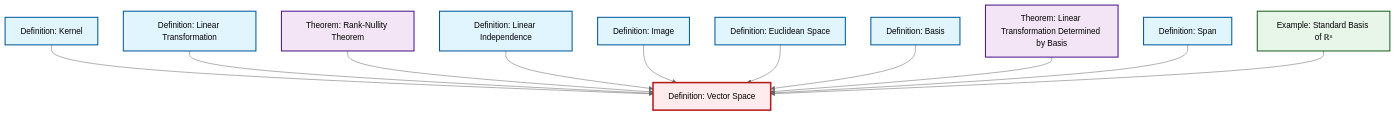
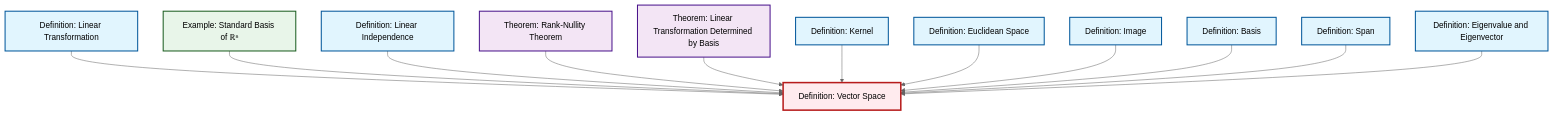
Before and after one commit to RK0429/ModernMath: the diagram in content/en/algebra/def-vector-space.qmd, drawn with Mermaid (neutral theme). The commit also changed 530 other files, not shown here.

````diff
--- a/content/en/algebra/def-vector-space.qmd
+++ b/content/en/algebra/def-vector-space.qmd
@@ -48,41 +48,44 @@
 ```{mermaid}
 %%| fig-cap: "Local dependency graph"
 graph TD
     classDef definition fill:#e1f5fe,stroke:#01579b,stroke-width:2px
     classDef theorem fill:#f3e5f5,stroke:#4a148c,stroke-width:2px
     classDef axiom fill:#fff3e0,stroke:#e65100,stroke-width:2px
     classDef example fill:#e8f5e9,stroke:#1b5e20,stroke-width:2px
     classDef current fill:#ffebee,stroke:#b71c1c,stroke-width:3px
-    def-linear-transformation["Definition: Linear Transformation"]:::definition
-    def-vector-space["Definition: Vector Space"]:::definition
+    thm-rank-nullity["Theorem: Rank-Nullity Theorem"]:::theorem
+    ex-standard-basis-rn["Example: Standard Basis of ℝⁿ"]:::example
     def-euclidean-space["Definition: Euclidean Space"]:::definition
-    thm-rank-nullity["Theorem: Rank-Nullity Theorem"]:::theorem
-    def-image["Definition: Image"]:::definition
+    def-basis["Definition: Basis"]:::definition
     def-kernel["Definition: Kernel"]:::definition
+    def-eigenvalue-eigenvector["Definition: Eigenvalue and Eigenvector"]:::definition
+    thm-linear-transformation-basis["Theorem: Linear Transformation Determined by Basis"]:::theorem
     def-linear-independence["Definition: Linear Independence"]:::definition
     def-span["Definition: Span"]:::definition
-    ex-standard-basis-rn["Example: Standard Basis of ℝⁿ"]:::example
-    thm-linear-transformation-basis["Theorem: Linear Transformation Determined by Basis"]:::theorem
-    def-basis["Definition: Basis"]:::definition
+    def-image["Definition: Image"]:::definition
+    def-vector-space["Definition: Vector Space"]:::definition
+    def-linear-transformation["Definition: Linear Transformation"]:::definition
+    def-linear-transformation --> def-vector-space
+    ex-standard-basis-rn --> def-vector-space
+    def-linear-independence --> def-vector-space
+    thm-rank-nullity --> def-vector-space
+    thm-linear-transformation-basis --> def-vector-space
     def-kernel --> def-vector-space
-    def-linear-transformation --> def-vector-space
-    thm-rank-nullity --> def-vector-space
-    def-linear-independence --> def-vector-space
+    def-euclidean-space --> def-vector-space
     def-image --> def-vector-space
-    def-euclidean-space --> def-vector-space
     def-basis --> def-vector-space
-    thm-linear-transformation-basis --> def-vector-space
     def-span --> def-vector-space
-    ex-standard-basis-rn --> def-vector-space
+    def-eigenvalue-eigenvector --> def-vector-space
     class def-vector-space current
-    click def-linear-transformation "def-linear-transformation.html" "Go to Linear Transformation definition"
+    click thm-rank-nullity "thm-rank-nullity.html" "Go to Rank-Nullity Theorem theorem"
+    click ex-standard-basis-rn "ex-standard-basis-rn.html" "Go to Standard Basis of ℝⁿ example"
     click def-euclidean-space "def-euclidean-space.html" "Go to Euclidean Space definition"
-    click thm-rank-nullity "thm-rank-nullity.html" "Go to Rank-Nullity Theorem theorem"
-    click def-image "def-image.html" "Go to Image definition"
+    click def-basis "def-basis.html" "Go to Basis definition"
     click def-kernel "def-kernel.html" "Go to Kernel definition"
+    click def-eigenvalue-eigenvector "def-eigenvalue-eigenvector.html" "Go to Eigenvalue and Eigenvector definition"
+    click thm-linear-transformation-basis "thm-linear-transformation-basis.html" "Go to Linear Transformation Determined by Basis theorem"
     click def-linear-independence "def-linear-independence.html" "Go to Linear Independence definition"
     click def-span "def-span.html" "Go to Span definition"
-    click ex-standard-basis-rn "ex-standard-basis-rn.html" "Go to Standard Basis of ℝⁿ example"
-    click thm-linear-transformation-basis "thm-linear-transformation-basis.html" "Go to Linear Transformation Determined by Basis theorem"
-    click def-basis "def-basis.html" "Go to Basis definition"
+    click def-image "def-image.html" "Go to Image definition"
+    click def-linear-transformation "def-linear-transformation.html" "Go to Linear Transformation definition"
 ```
````
